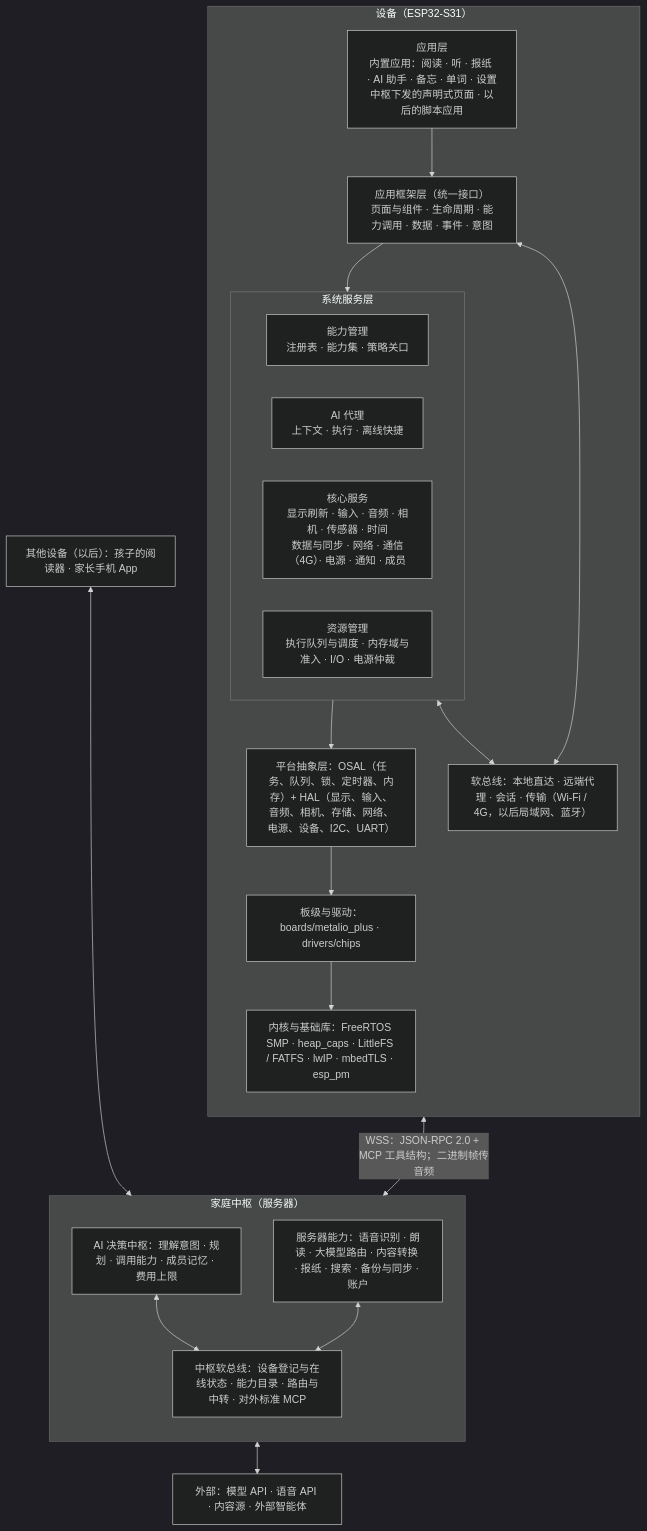
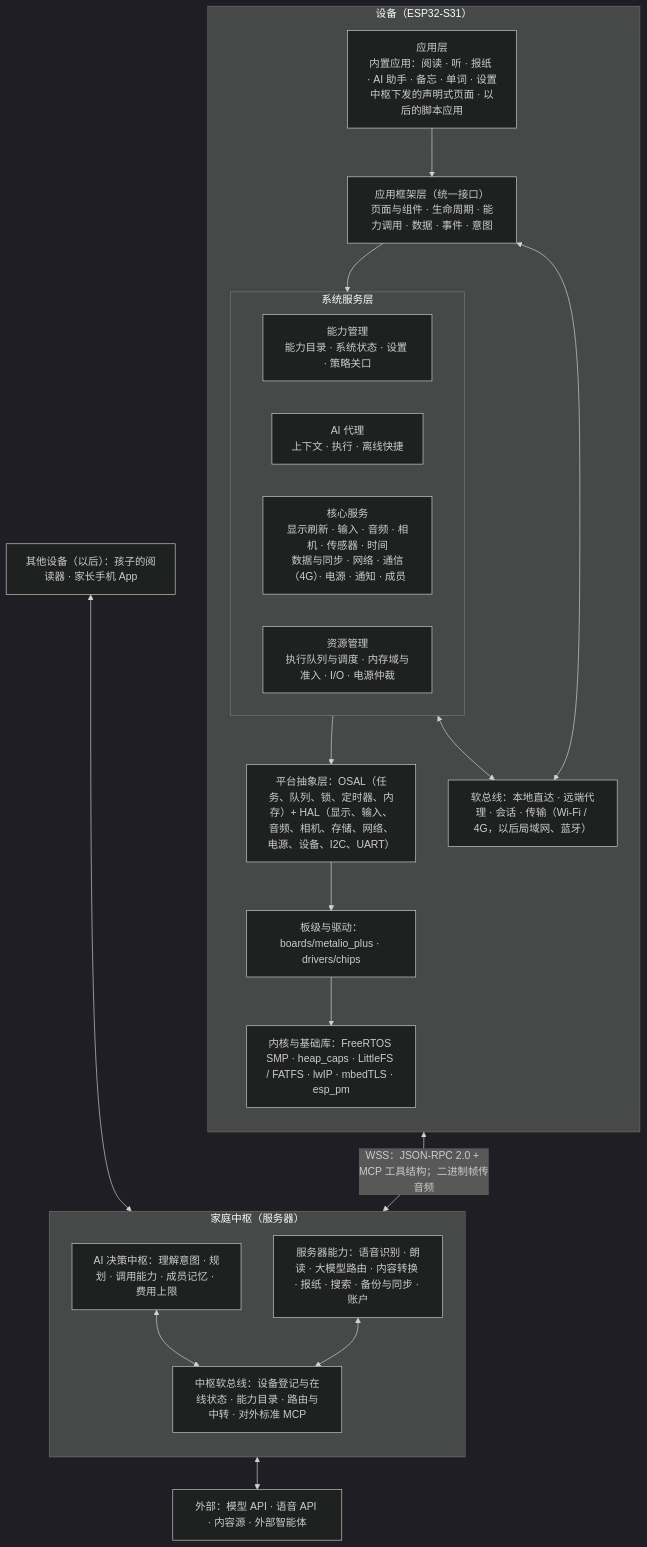
Before and after one commit to Gidean-zcx/ink: the first of 5 diagrams in docs/system/system-architecture.md, drawn with Mermaid (dark theme). The commit also changed other lines of this file and 3 other files, not shown here.

First line of the commit message:
docs: architecture v0.2.1, four kinds instead of capabilities for everything

````diff
--- a/docs/system/system-architecture.md
+++ b/docs/system/system-architecture.md
@@ -78,36 +79,36 @@
 ```mermaid
 flowchart TB
   subgraph DEV["设备（ESP32-S31）"]
     direction TB
     APP["应用层<br/>内置应用：阅读 · 听 · 报纸 · AI 助手 · 备忘 · 单词 · 设置<br/>中枢下发的声明式页面 · 以后的脚本应用"]
     FW["应用框架层（统一接口）<br/>页面与组件 · 生命周期 · 能力调用 · 数据 · 事件 · 意图"]
     subgraph SYS["系统服务层"]
       direction LR
-      CAPM["能力管理<br/>注册表 · 能力集 · 策略关口"]
+      CAPM["能力管理<br/>能力目录 · 系统状态 · 设置 · 策略关口"]
       AIAG["AI 代理<br/>上下文 · 执行 · 离线快捷"]
       CORE["核心服务<br/>显示刷新 · 输入 · 音频 · 相机 · 传感器 · 时间<br/>数据与同步 · 网络 · 通信（4G）· 电源 · 通知 · 成员"]
       RES["资源管理<br/>执行队列与调度 · 内存域与准入 · I/O · 电源仲裁"]
     end
     BUS["软总线：本地直达 · 远端代理 · 会话 · 传输（Wi-Fi / 4G，以后局域网、蓝牙）"]
     PAL["平台抽象层：OSAL（任务、队列、锁、定时器、内存）+ HAL（显示、输入、音频、相机、存储、网络、电源、设备、I2C、UART）"]
     DRV["板级与驱动：boards/metalio_plus · drivers/chips"]
     KER["内核与基础库：FreeRTOS SMP · heap_caps · LittleFS / FATFS · lwIP · mbedTLS · esp_pm"]
     APP --> FW --> SYS
     SYS --> PAL --> DRV --> KER
     FW <--> BUS
     SYS <--> BUS
   end
   subgraph HUB["家庭中枢（服务器）"]
     direction TB
     BRAIN["AI 决策中枢：理解意图 · 规划 · 调用能力 · 成员记忆 · 费用上限"]
     SCAP["服务器能力：语音识别 · 朗读 · 大模型路由 · 内容转换 · 报纸 · 搜索 · 备份与同步 · 账户"]
     HBUS["中枢软总线：设备登记与在线状态 · 能力目录 · 路由与中转 · 对外标准 MCP"]
     BRAIN <--> HBUS
     SCAP <--> HBUS
   end
   OTHER["其他设备（以后）：孩子的阅读器 · 家长手机 App"]
   EXT["外部：模型 API · 语音 API · 内容源 · 外部智能体"]
   BUS <-- "WSS：JSON-RPC 2.0 + MCP 工具结构；二进制帧传音频" --> HBUS
   OTHER <--> HBUS
   HBUS <--> EXT
 ```
````
